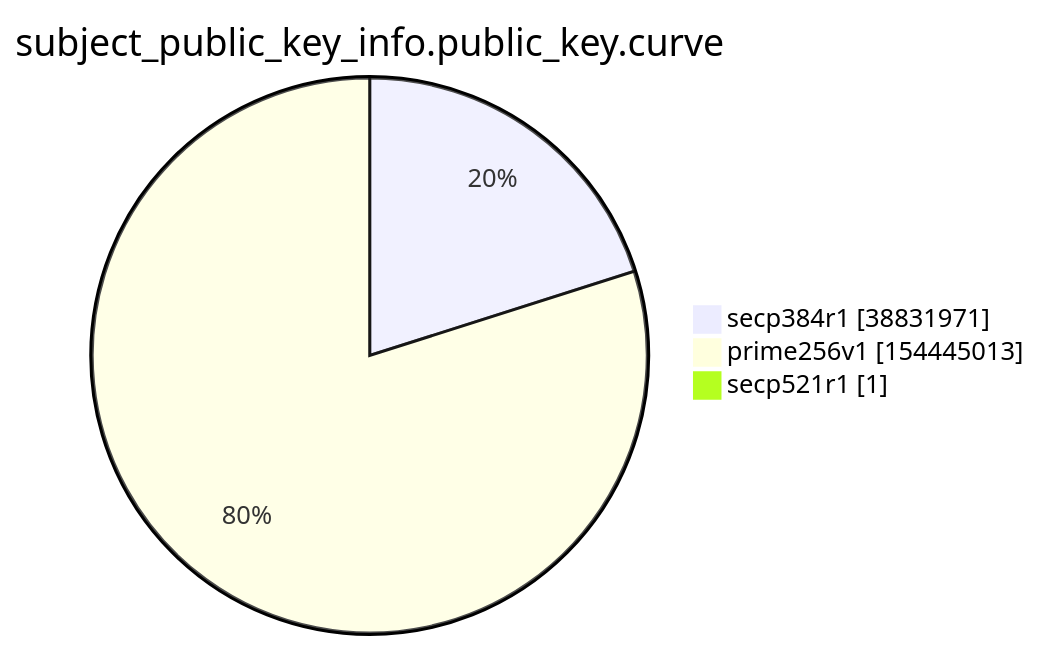
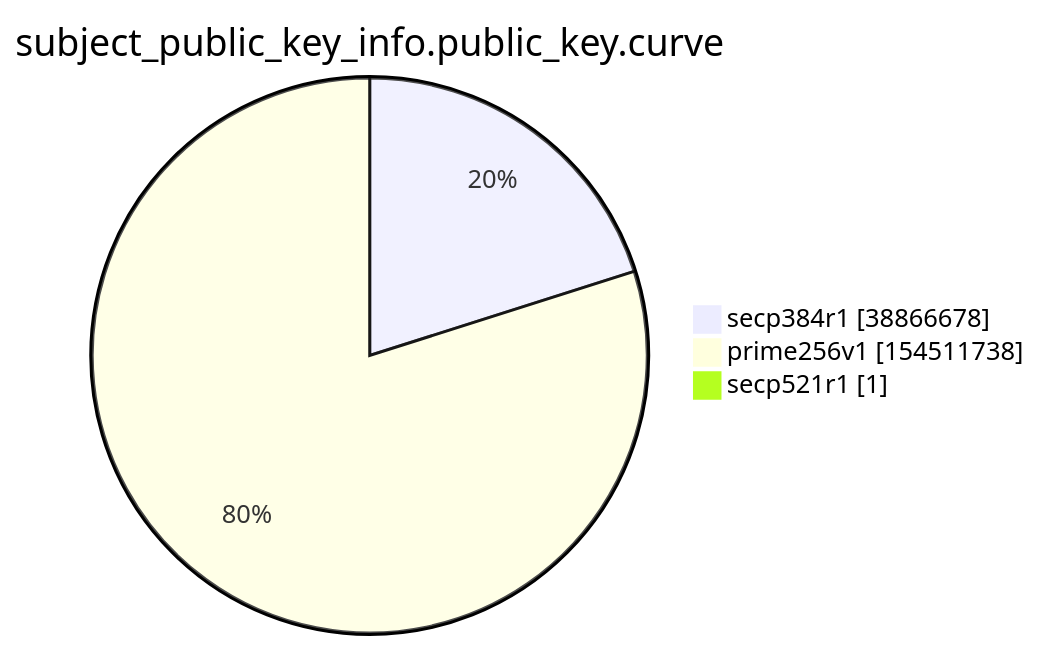
One commit to christiankrug/ctmonitor_visualization changed the ninth of 15 diagrams in xenon2022/README.md. Above: the diagram before and after it, drawn with Mermaid. The commit also changed other lines of this file, not shown here.

````diff
--- a/xenon2022/README.md
+++ b/xenon2022/README.md
@@ -2863,7 +2863,7 @@
 ```mermaid
 pie showData
 title subject_public_key_info.public_key.curve
-"secp384r1" :38831971
-"prime256v1" :154445013
+"secp384r1" :38866678
+"prime256v1" :154511738
 "secp521r1" :1
 ```
````
